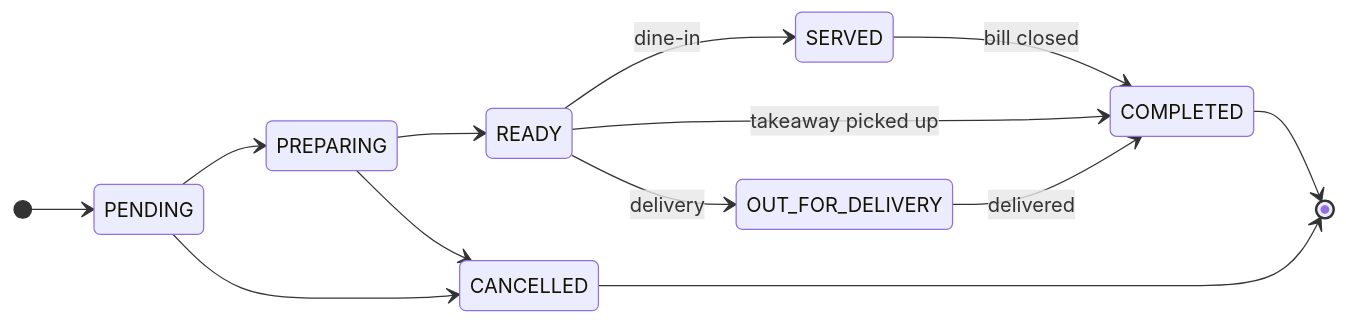
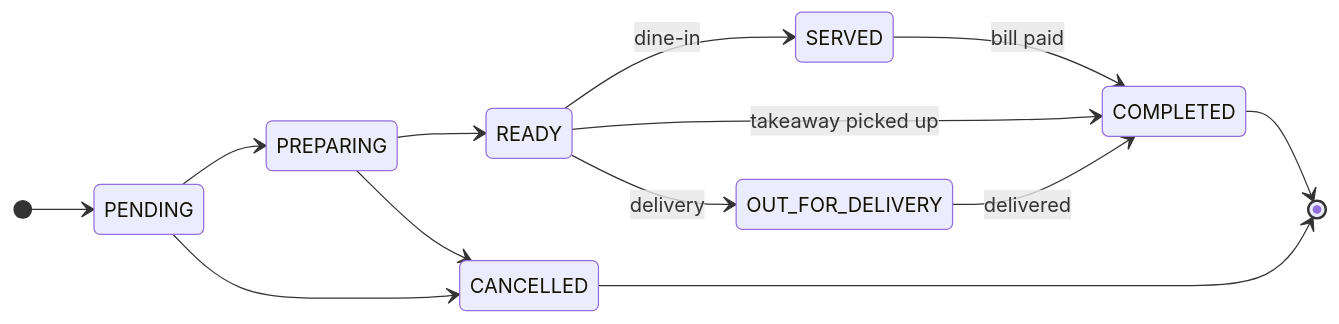
One commit to UmutVarol/Restaurant-Order-Processing changed the second of 2 diagrams in README.md. Above: the diagram before and after it, drawn with Mermaid. The commit also changed other lines of this file and 10 other files, not shown here.

````diff
--- a/README.md
+++ b/README.md
@@ -165,16 +166,16 @@
 ```mermaid
 stateDiagram-v2
     direction LR
     [*] --> PENDING
     PENDING --> PREPARING
     PREPARING --> READY
     READY --> SERVED: dine-in
-    SERVED --> COMPLETED: bill closed
+    SERVED --> COMPLETED: bill paid
     READY --> COMPLETED: takeaway picked up
     READY --> OUT_FOR_DELIVERY: delivery
     OUT_FOR_DELIVERY --> COMPLETED: delivered
     PENDING --> CANCELLED
     PREPARING --> CANCELLED
     COMPLETED --> [*]
     CANCELLED --> [*]
 ```
````
